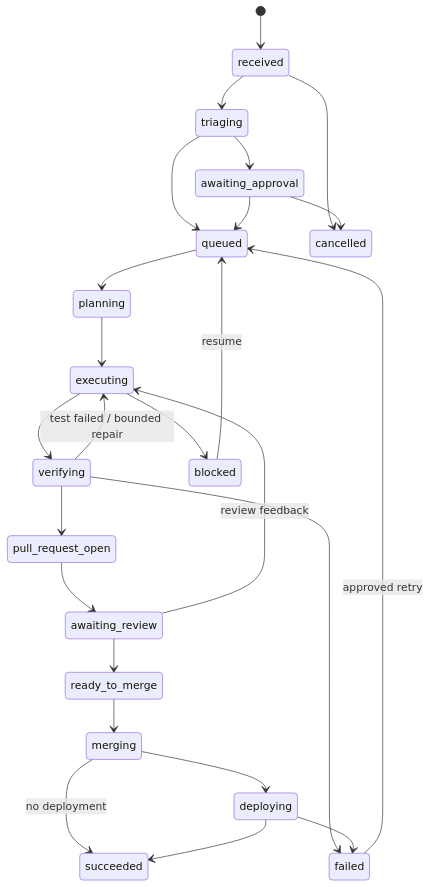
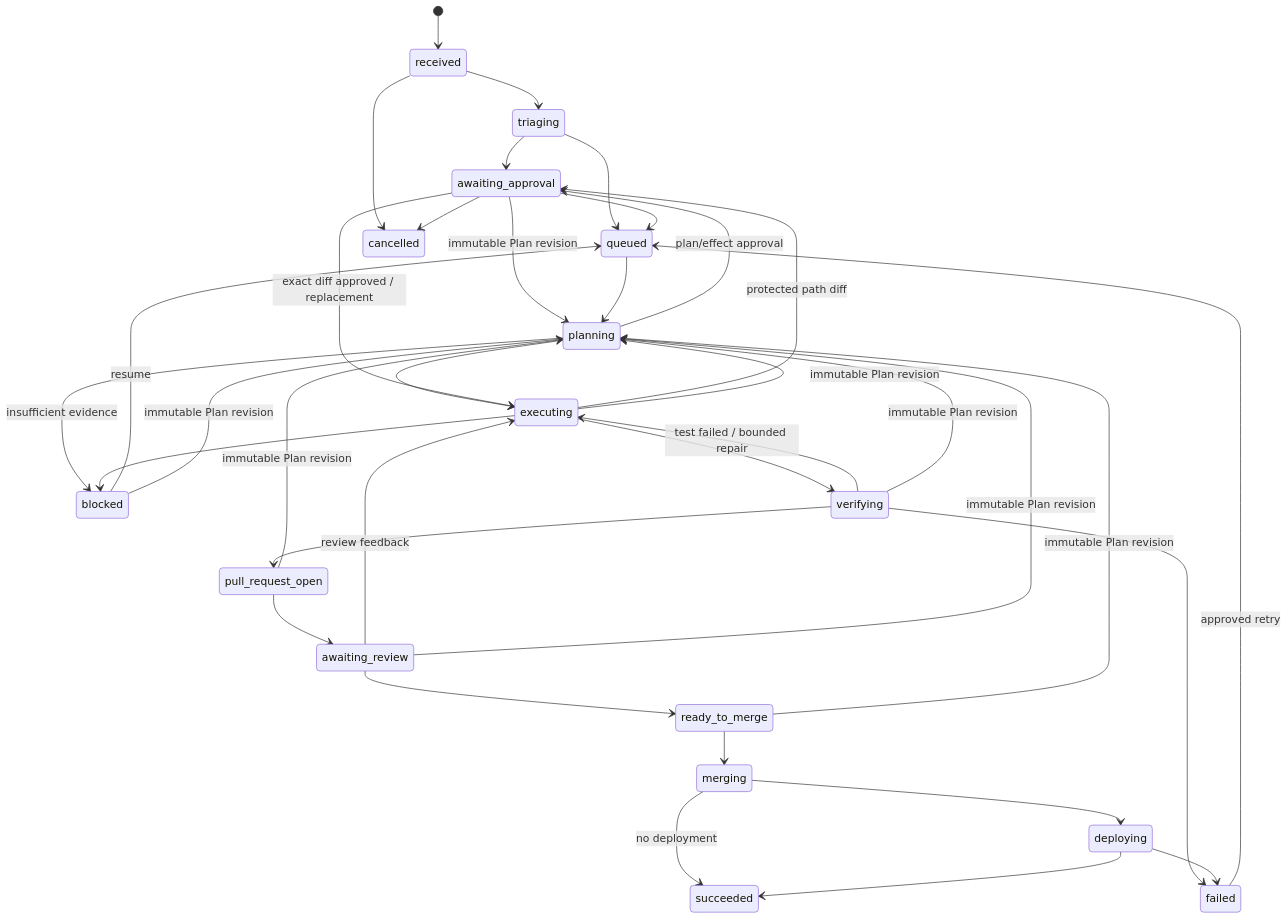
Before and after one commit to evilstar9527/delivery-loop: the second of 2 diagrams in docs/Architecture.md, drawn with Mermaid. The commit also changed other lines of this file and 703 other files, not shown here.

````diff
--- a/docs/Architecture.md
+++ b/docs/Architecture.md
@@ -120,27 +261,38 @@
 ```mermaid
 stateDiagram-v2
   [*] --> received
   received --> triaging
   triaging --> awaiting_approval
   triaging --> queued
   awaiting_approval --> queued
+  awaiting_approval --> planning: immutable Plan revision
   queued --> planning
+  planning --> awaiting_approval: plan/effect approval
   planning --> executing
+  executing --> awaiting_approval: protected path diff
+  awaiting_approval --> executing: exact diff approved / replacement
+  planning --> blocked: insufficient evidence
   executing --> verifying
+  executing --> planning: immutable Plan revision
   verifying --> executing: test failed / bounded repair
   verifying --> pull_request_open
+  verifying --> planning: immutable Plan revision
   pull_request_open --> awaiting_review
+  pull_request_open --> planning: immutable Plan revision
   awaiting_review --> executing: review feedback
+  awaiting_review --> planning: immutable Plan revision
   awaiting_review --> ready_to_merge
+  ready_to_merge --> planning: immutable Plan revision
   ready_to_merge --> merging
   merging --> deploying
   merging --> succeeded: no deployment
   deploying --> succeeded
   received --> cancelled
   awaiting_approval --> cancelled
   executing --> blocked
   verifying --> failed
   deploying --> failed
   blocked --> queued: resume
+  blocked --> planning: immutable Plan revision
   failed --> queued: approved retry
 ```
````
